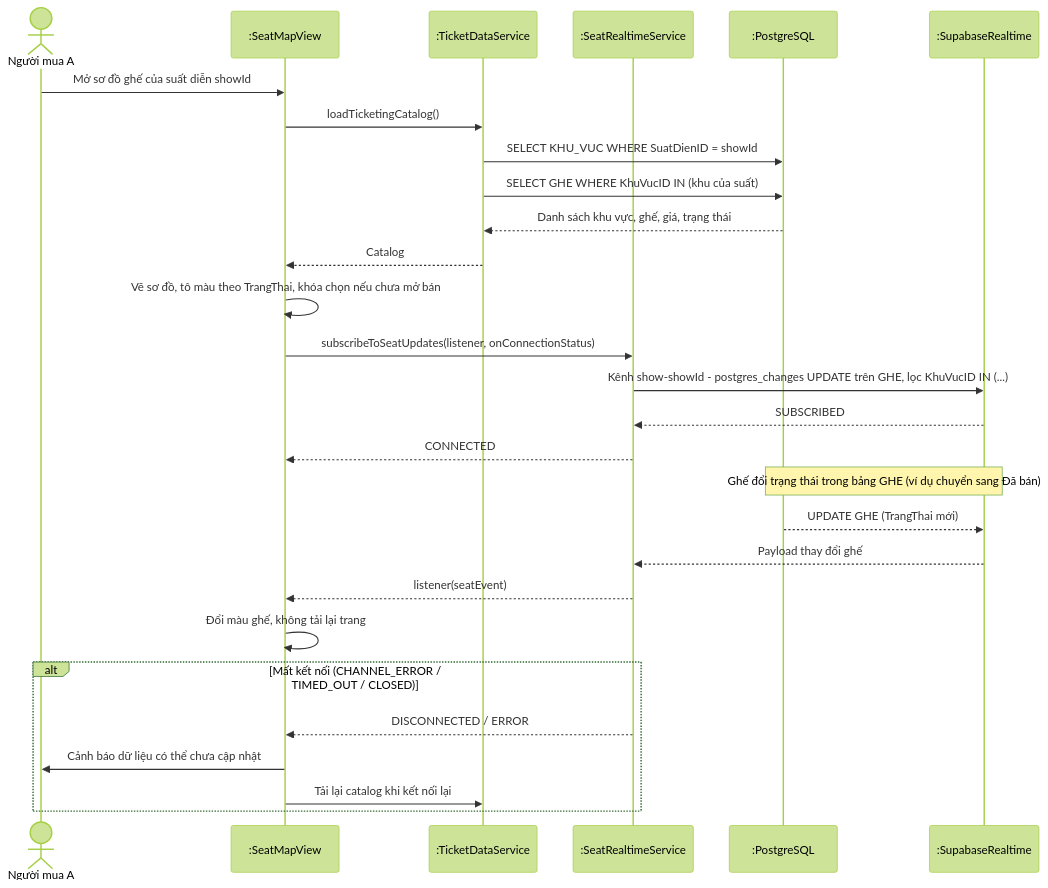
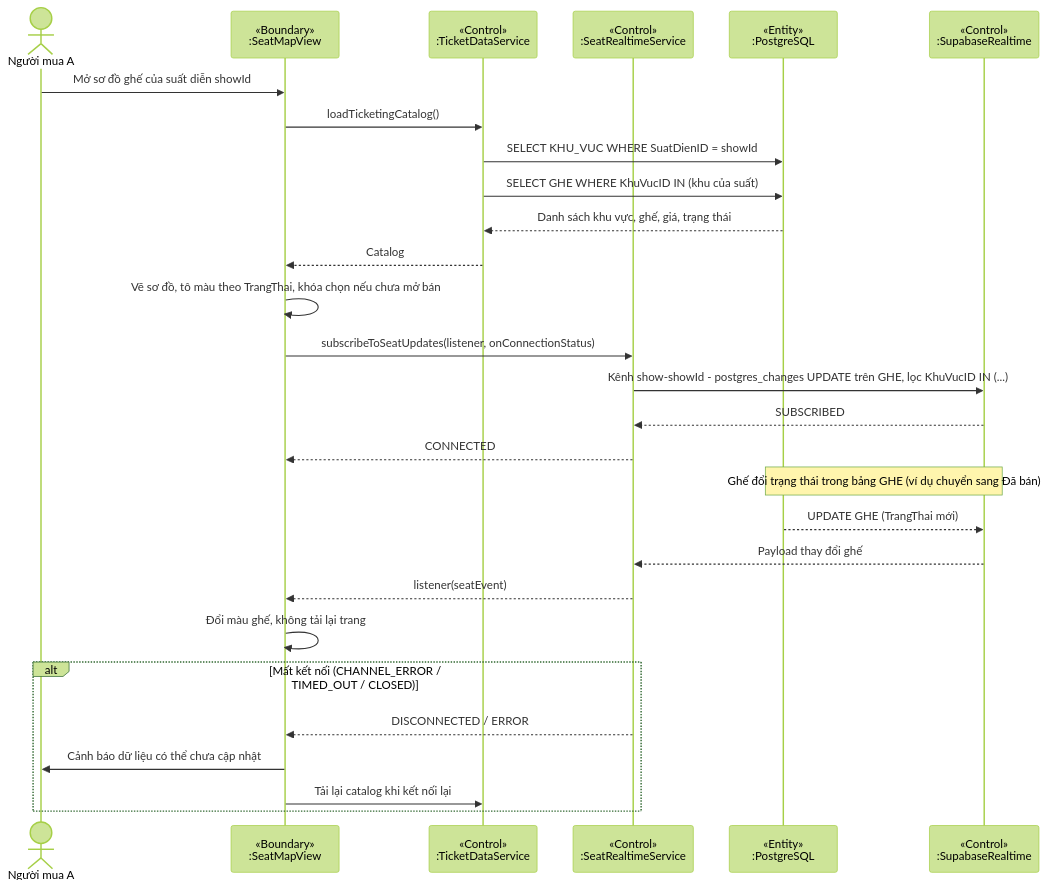
One commit to minhdc2011/EVENTTICKETING changed diagram 11 of 16 in docs/sprint1-deliverables/02_ANALYSIS_AND_SYSTEM_DESIGN.md. Above: the diagram before and after it, drawn with Mermaid (forest theme). The commit also changed other lines of this file, not shown here.

Commit message:
docs: add BCE stereotypes to sequence diagram lifelines

````diff
--- a/docs/sprint1-deliverables/02_ANALYSIS_AND_SYSTEM_DESIGN.md
+++ b/docs/sprint1-deliverables/02_ANALYSIS_AND_SYSTEM_DESIGN.md
@@ -850,31 +852,31 @@
 ```mermaid
 sequenceDiagram
   actor U as Người mua A
-  participant UI as :SeatMapView
-  participant TDS as :TicketDataService
-  participant SRS as :SeatRealtimeService
-  participant DB as :PostgreSQL
-  participant WS as :SupabaseRealtime
+  participant UI as «Boundary»<br/>:SeatMapView
+  participant TDS as «Control»<br/>:TicketDataService
+  participant SRS as «Control»<br/>:SeatRealtimeService
+  participant DB as «Entity»<br/>:PostgreSQL
+  participant WS as «Control»<br/>:SupabaseRealtime
 
   U->>UI: Mở sơ đồ ghế của suất diễn showId
   UI->>TDS: loadTicketingCatalog()
   TDS->>DB: SELECT KHU_VUC WHERE SuatDienID = showId
   TDS->>DB: SELECT GHE WHERE KhuVucID IN (khu của suất)
   DB-->>TDS: Danh sách khu vực, ghế, giá, trạng thái
   TDS-->>UI: Catalog
   UI->>UI: Vẽ sơ đồ, tô màu theo TrangThai, khóa chọn nếu chưa mở bán
   UI->>SRS: subscribeToSeatUpdates(listener, onConnectionStatus)
   SRS->>WS: Kênh show-showId - postgres_changes UPDATE trên GHE, lọc KhuVucID IN (...)
   WS-->>SRS: SUBSCRIBED
   SRS-->>UI: CONNECTED
   Note over DB,WS: Ghế đổi trạng thái trong bảng GHE (ví dụ chuyển sang Đã bán)
   DB-->>WS: UPDATE GHE (TrangThai mới)
   WS-->>SRS: Payload thay đổi ghế
   SRS-->>UI: listener(seatEvent)
   UI->>UI: Đổi màu ghế, không tải lại trang
   alt Mất kết nối (CHANNEL_ERROR / TIMED_OUT / CLOSED)
     SRS-->>UI: DISCONNECTED / ERROR
     UI->>U: Cảnh báo dữ liệu có thể chưa cập nhật
     UI->>TDS: Tải lại catalog khi kết nối lại
   end
 ```
````
